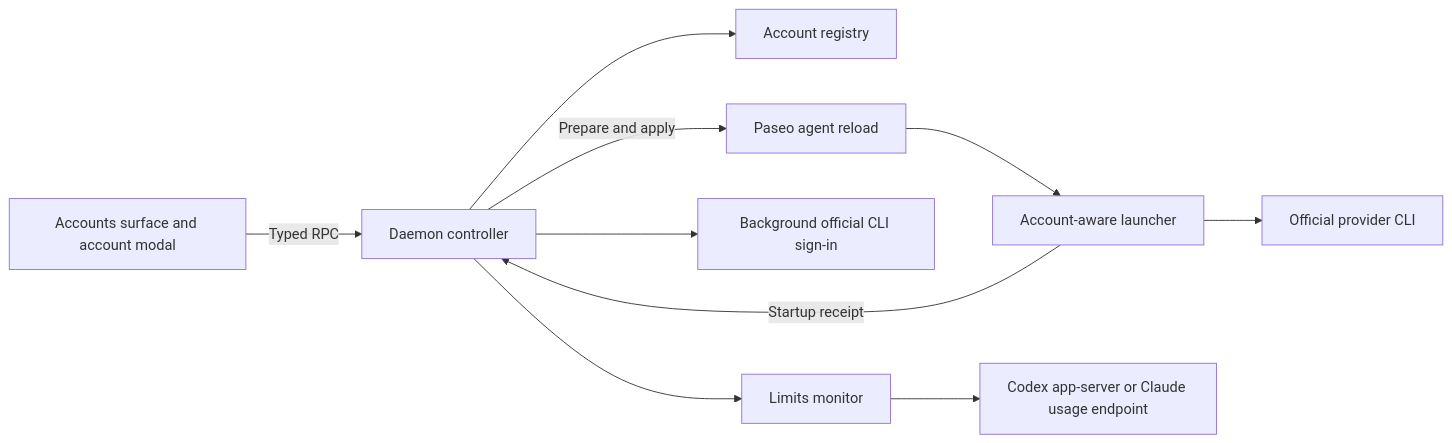
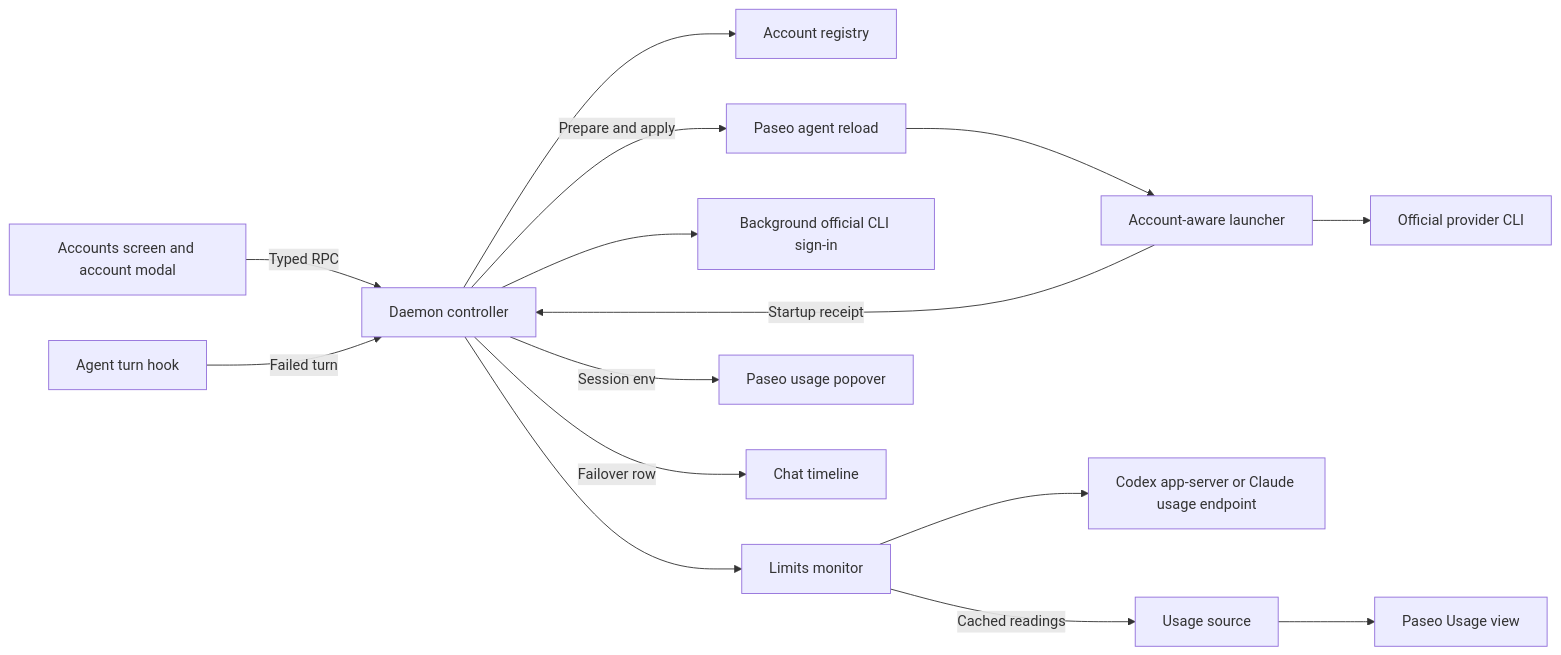
The first of 3 diagrams in docs/architecture.md (dutchakdev/paseo-plugin-account-switcher), drawn with Mermaid before and after one commit. The commit also changed other lines of this file and 5 other files, not shown here.

First line of the commit message:
Document Paseo usage and failover

````diff
--- a/docs/architecture.md
+++ b/docs/architecture.md
@@ -7,12 +7,17 @@
 ```mermaid
 flowchart LR
-  UI[Accounts surface and account modal] -->|Typed RPC| Controller[Daemon controller]
+  UI[Accounts screen and account modal] -->|Typed RPC| Controller[Daemon controller]
   Controller --> Registry[Account registry]
   Controller -->|Prepare and apply| Reload[Paseo agent reload]
   Reload --> Launcher[Account-aware launcher]
   Launcher --> CLI[Official provider CLI]
   Launcher -->|Startup receipt| Controller
   Controller --> Login[Background official CLI sign-in]
   Controller --> Monitor[Limits monitor]
   Monitor --> Native[Codex app-server or Claude usage endpoint]
+  Monitor -->|Cached readings| Source[Usage source]
+  Source --> PaseoUsage[Paseo Usage view]
+  Controller -->|Session env| PaseoPopover[Paseo usage popover]
+  Hooks[Agent turn hook] -->|Failed turn| Controller
+  Controller -->|Failover row| Chat[Chat timeline]
 ```
````
